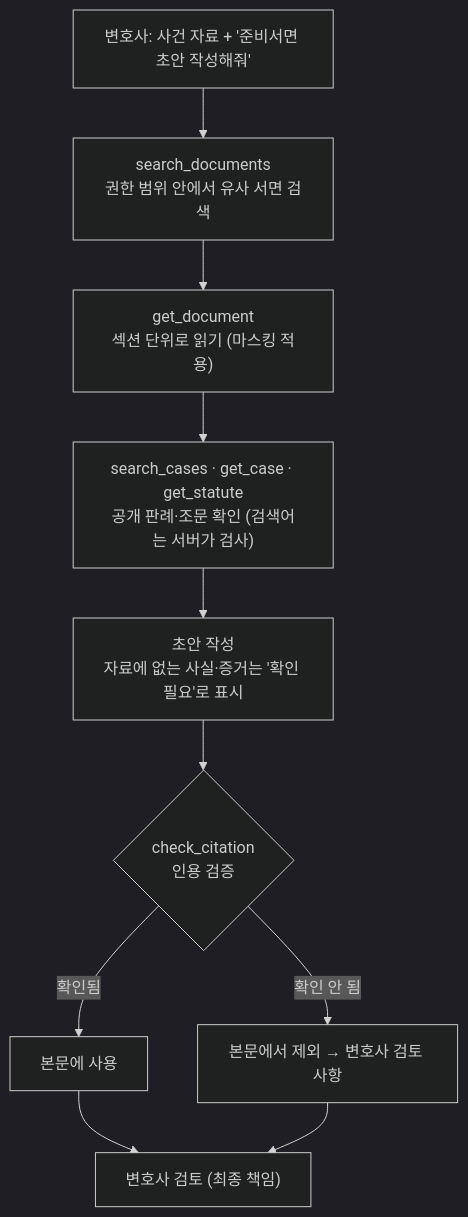
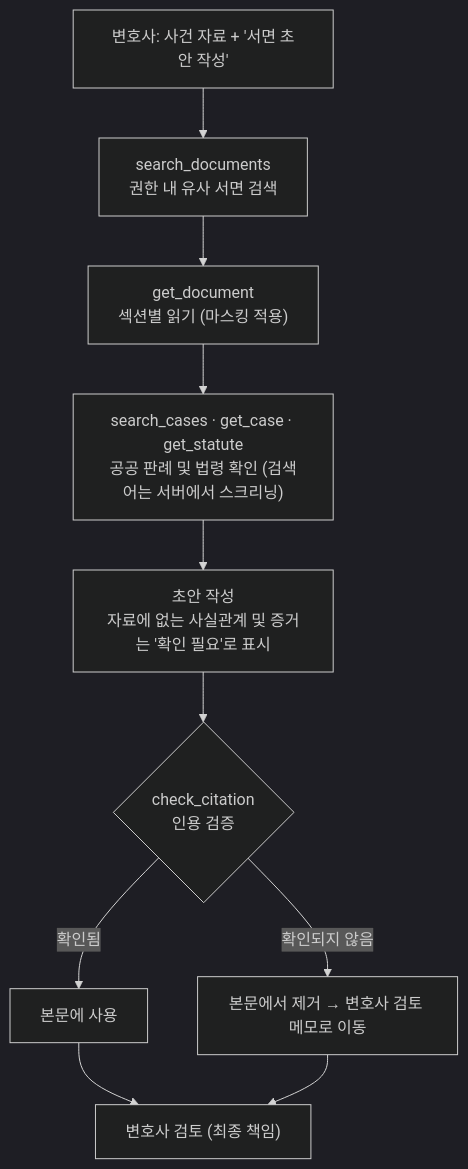
One commit to agii990114-ctrl/lawca-mcp changed the second of 3 diagrams in README.md. Above: the diagram before and after it, drawn with Mermaid (dark theme). The commit also changed other lines of this file and 1 other file, not shown here.

````diff
--- a/README.md
+++ b/README.md
@@ -67,12 +68,13 @@
 ```mermaid
 flowchart TD
-    U["변호사: 사건 자료 + '준비서면 초안 작성해줘'"] --> S["search_documents<br/>권한 범위 안에서 유사 서면 검색"]
-    S --> R["get_document<br/>섹션 단위로 읽기 (마스킹 적용)"]
-    R --> K["search_cases · get_case · get_statute<br/>공개 판례·조문 확인 (검색어는 서버가 검사)"]
-    K --> D["초안 작성<br/>자료에 없는 사실·증거는 '확인 필요'로 표시"]
+    U["변호사: 사건 자료 + '서면 초안 작성'"] --> S["search_documents<br/>권한 내 유사 서면 검색"]
+    S --> R["get_document<br/>섹션별 읽기 (마스킹 적용)"]
+    R --> K["search_cases · get_case · get_statute<br/>공공 판례 및 법령 확인 (검색어는 서버에서 스크리닝)"]
+    K --> D["초안 작성<br/>자료에 없는 사실관계 및 증거는 '확인 필요'로 표시"]
     D --> CC{"check_citation<br/>인용 검증"}
     CC -- "확인됨" --> OUT["본문에 사용"]
-    CC -- "확인 안 됨" --> REV["본문에서 제외 → 변호사 검토 사항"]
+    CC -- "확인되지 않음" --> REV["본문에서 제거 → 변호사 검토 메모로 이동"]
     OUT --> H["변호사 검토 (최종 책임)"]
     REV --> H
+
 ```
````
